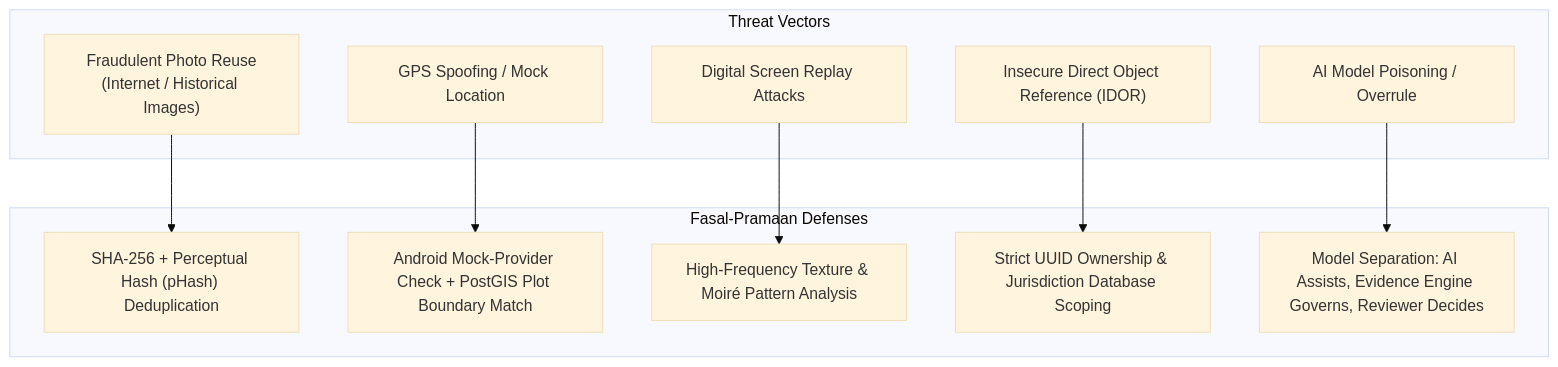
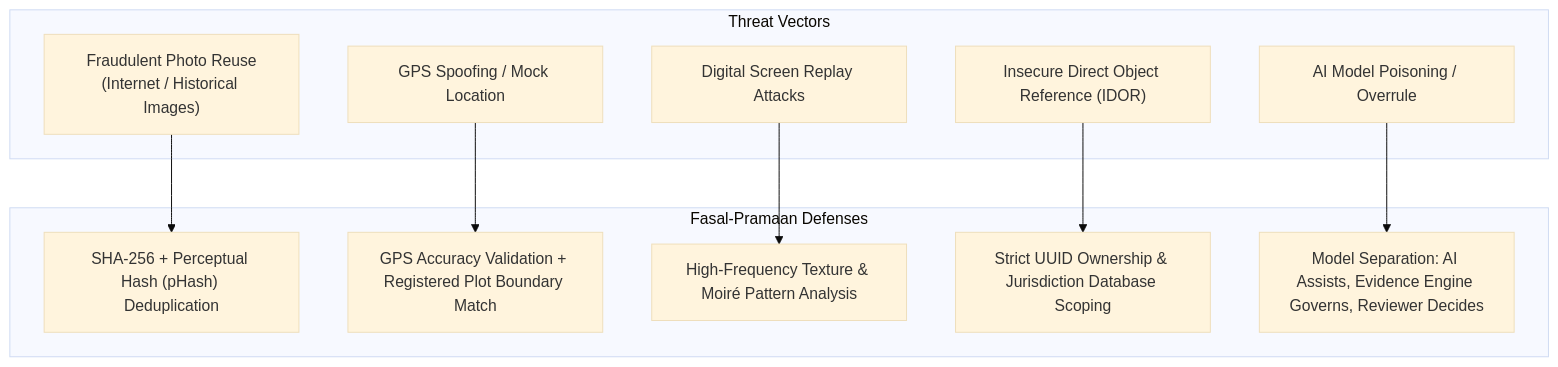
The first of 2 diagrams in docs/security.md (dhrrishitvdeka/Fasal-Pramaan), drawn with Mermaid (base theme) before and after one commit. The commit also changed other lines of this file and 924 other files, not shown here.

````diff
--- a/docs/security.md
+++ b/docs/security.md
@@ -26,24 +26,24 @@
 ```mermaid
 flowchart TD
   subgraph Threats["Threat Vectors"]
     T1["Fraudulent Photo Reuse\n(Internet / Historical Images)"]
     T2["GPS Spoofing / Mock Location"]
     T3["Digital Screen Replay Attacks"]
     T4["Insecure Direct Object Reference (IDOR)"]
     T5["AI Model Poisoning / Overrule"]
   end
 
   subgraph Mitigations["Fasal-Pramaan Defenses"]
     M1["SHA-256 + Perceptual Hash (pHash) Deduplication"]
-    M2["Android Mock-Provider Check + PostGIS Plot Boundary Match"]
+    M2["GPS Accuracy Validation + Registered Plot Boundary Match"]
     M3["High-Frequency Texture & Moiré Pattern Analysis"]
     M4["Strict UUID Ownership & Jurisdiction Database Scoping"]
     M5["Model Separation: AI Assists, Evidence Engine Governs, Reviewer Decides"]
   end
 
   T1 --> M1
   T2 --> M2
   T3 --> M3
   T4 --> M4
   T5 --> M5
 ```
````
